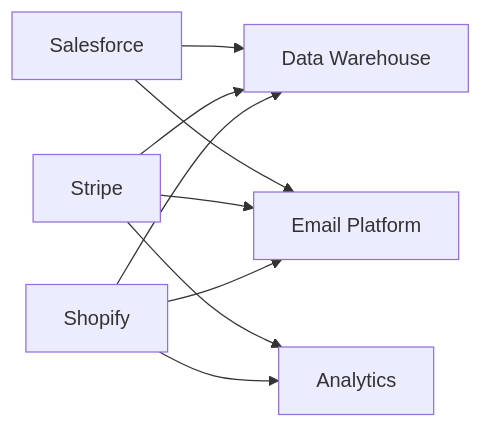
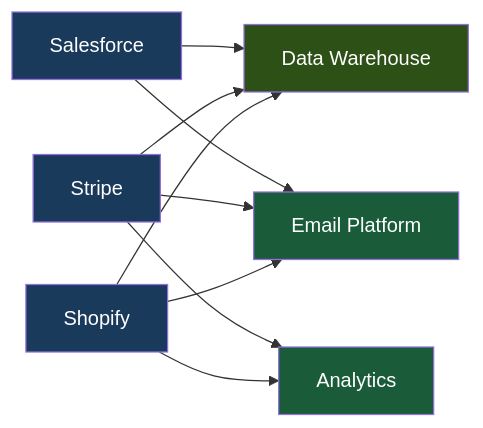
The diagram in src/content/corso/data-collection/integrations.mdx (AndreyBertasini/gynnitech), drawn with Mermaid before and after one commit. The commit also changed 21 other files, not shown here.

First line of the commit message:
style: applica color scheme semantico a tutti i diagrammi Mermaid del corso

````diff
--- a/src/content/corso/data-collection/integrations.mdx
+++ b/src/content/corso/data-collection/integrations.mdx
@@ -20,11 +20,17 @@
 ```mermaid
 graph LR
     A["Salesforce"] --> D["Data Warehouse"]
     A --> E["Email Platform"]
     B["Stripe"] --> D
     B --> E
     B --> F["Analytics"]
     C["Shopify"] --> D
     C --> E
     C --> F
+    style A fill:#1a3a5c,color:#ffffff
+    style B fill:#1a3a5c,color:#ffffff
+    style C fill:#1a3a5c,color:#ffffff
+    style D fill:#2d5016,color:#ffffff
+    style E fill:#1a5c3a,color:#ffffff
+    style F fill:#1a5c3a,color:#ffffff
 ```
````
